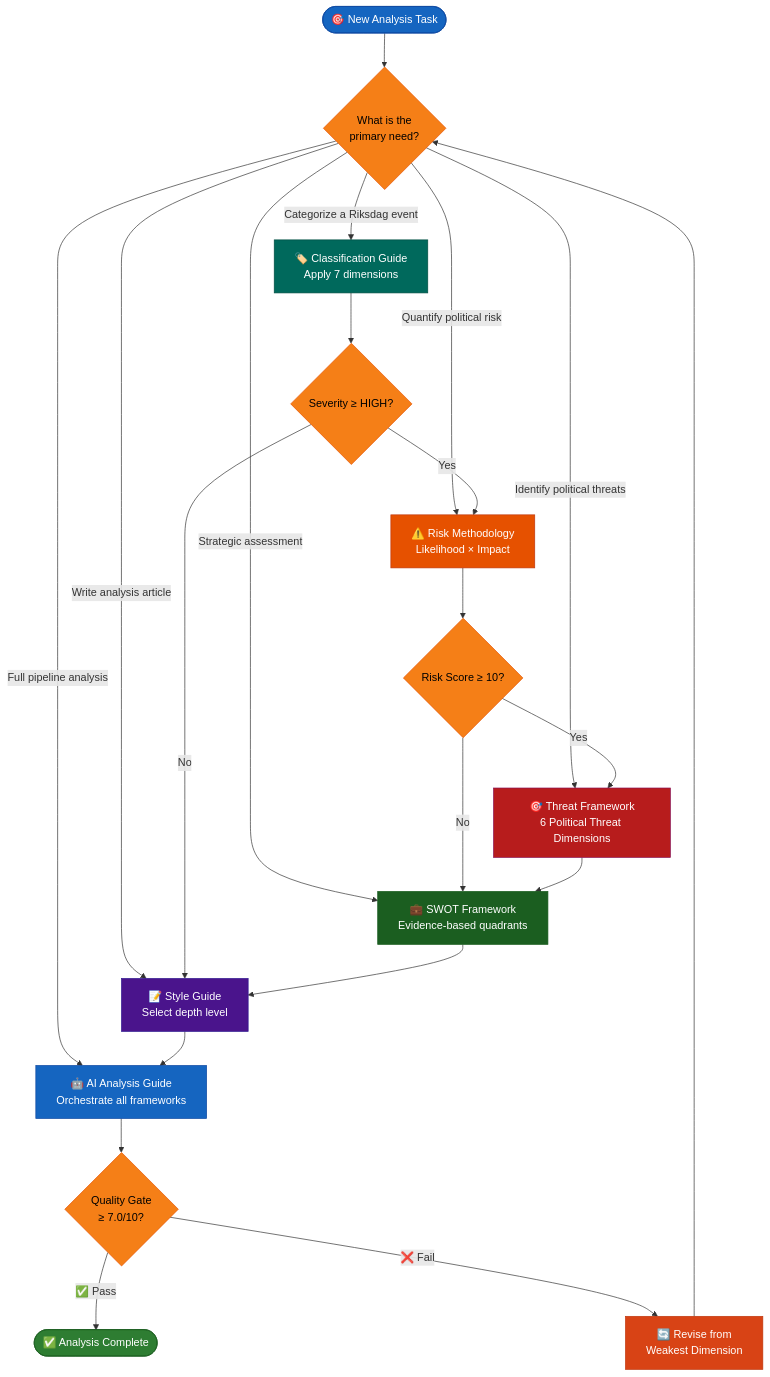
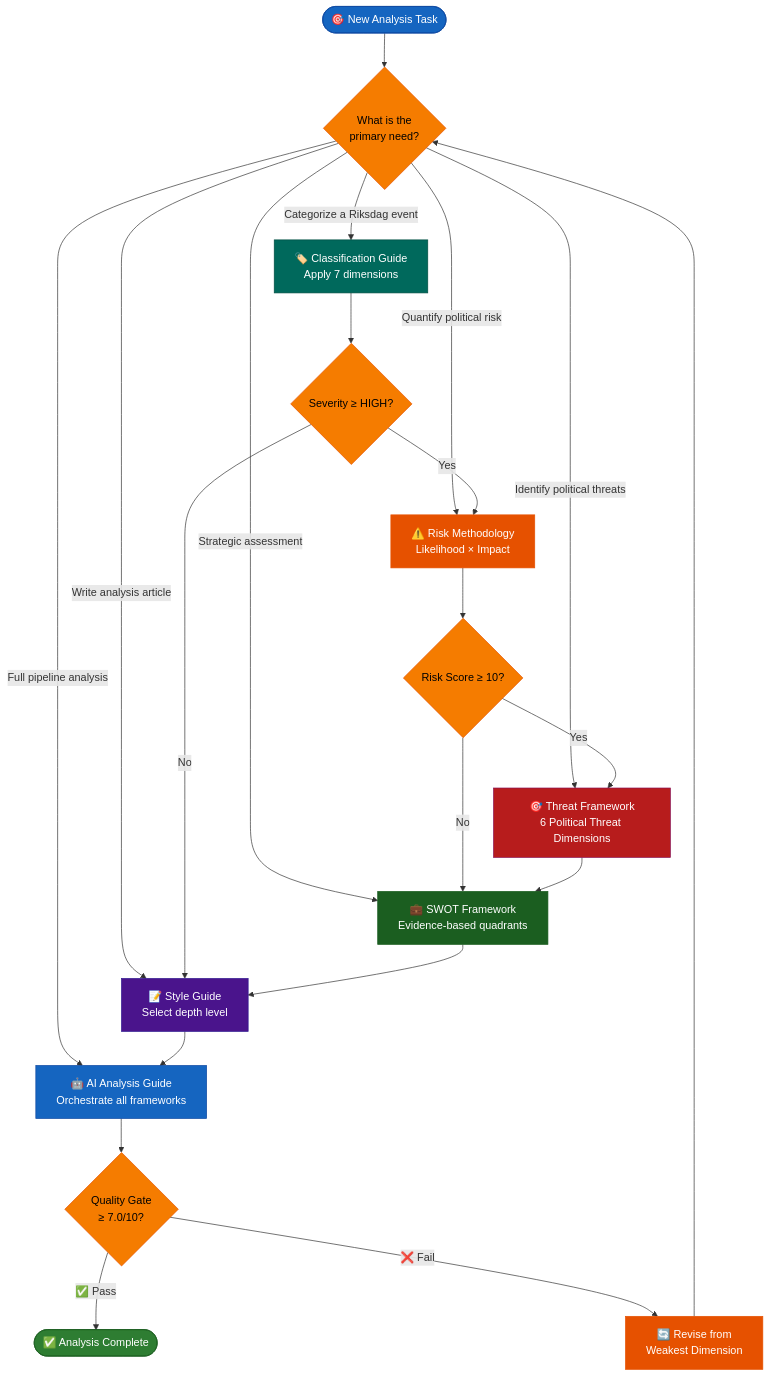
Before and after one commit to Hack23/riksdagsmonitor: the tenth of 11 diagrams in analysis/methodologies/README.md, drawn with Mermaid. The commit also changed other lines of this file and 14 other files, not shown here.

First line of the commit message:
Align analysis/ mermaid diagrams with ISMS Style Guide palette and convert SWOT to quadrantChart

````diff
--- a/analysis/methodologies/README.md
+++ b/analysis/methodologies/README.md
@@ -577,42 +600,42 @@
 ```mermaid
 flowchart TD
     Start([🎯 New Analysis Task]) --> Q1{What is the<br/>primary need?}
 
     Q1 -->|Categorize a Riksdag event| CG[🏷️ Classification Guide<br/>Apply 7 dimensions]
     Q1 -->|Quantify political risk| RM[⚠️ Risk Methodology<br/>Likelihood × Impact]
     Q1 -->|Identify political threats| TF[🎯 Threat Framework<br/>6 Political Threat Dimensions]
     Q1 -->|Strategic assessment| SW[💼 SWOT Framework<br/>Evidence-based quadrants]
     Q1 -->|Write analysis article| SG[📝 Style Guide<br/>Select depth level]
     Q1 -->|Full pipeline analysis| AI[🤖 AI Analysis Guide<br/>Orchestrate all frameworks]
 
     CG --> Q2{Severity ≥ HIGH?}
     Q2 -->|Yes| RM
     Q2 -->|No| SG
 
     RM --> Q3{Risk Score ≥ 10?}
     Q3 -->|Yes| TF
     Q3 -->|No| SW
 
     TF --> SW
     SW --> SG
     SG --> AI
 
     AI --> Gate{Quality Gate<br/>≥ 7.0/10?}
     Gate -->|✅ Pass| Done([✅ Analysis Complete])
     Gate -->|❌ Fail| Revise[🔄 Revise from<br/>Weakest Dimension]
     Revise --> Q1
 
     style Start fill:#1565C0,stroke:#0D47A1,color:#FFFFFF
-    style Q1 fill:#F57F17,stroke:#E65100,color:#000000
+    style Q1 fill:#F57C00,stroke:#E65100,color:#000000
     style CG fill:#00695C,stroke:#004D40,color:#FFFFFF
-    style RM fill:#E65100,stroke:#BF360C,color:#FFFFFF
+    style RM fill:#E65100,stroke:#E65100,color:#FFFFFF
     style TF fill:#B71C1C,stroke:#880E4F,color:#FFFFFF
     style SW fill:#1B5E20,stroke:#1B5E20,color:#FFFFFF
     style SG fill:#4A148C,stroke:#311B92,color:#FFFFFF
     style AI fill:#1565C0,stroke:#0D47A1,color:#FFFFFF
-    style Q2 fill:#F57F17,stroke:#E65100,color:#000000
-    style Q3 fill:#F57F17,stroke:#E65100,color:#000000
-    style Gate fill:#F57F17,stroke:#E65100,color:#000000
+    style Q2 fill:#F57C00,stroke:#E65100,color:#000000
+    style Q3 fill:#F57C00,stroke:#E65100,color:#000000
+    style Gate fill:#F57C00,stroke:#E65100,color:#000000
     style Done fill:#2E7D32,stroke:#1B5E20,color:#FFFFFF
-    style Revise fill:#D84315,stroke:#BF360C,color:#FFFFFF
+    style Revise fill:#E65100,stroke:#E65100,color:#FFFFFF
 ```
````
